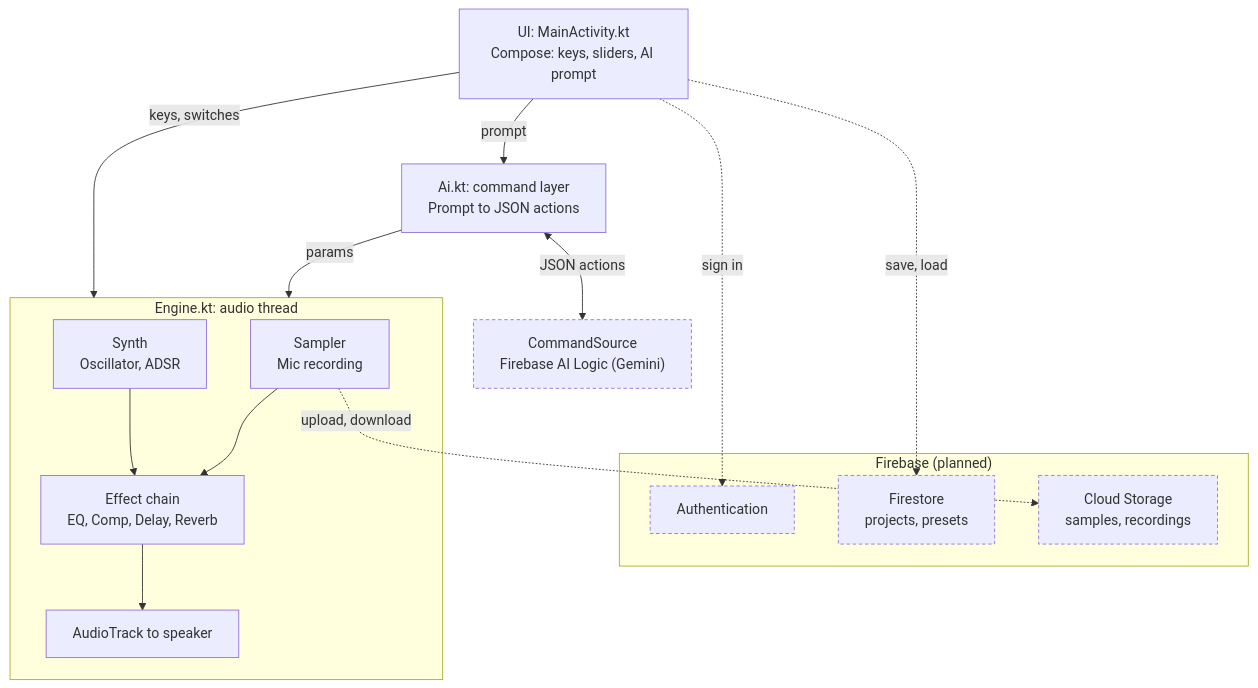
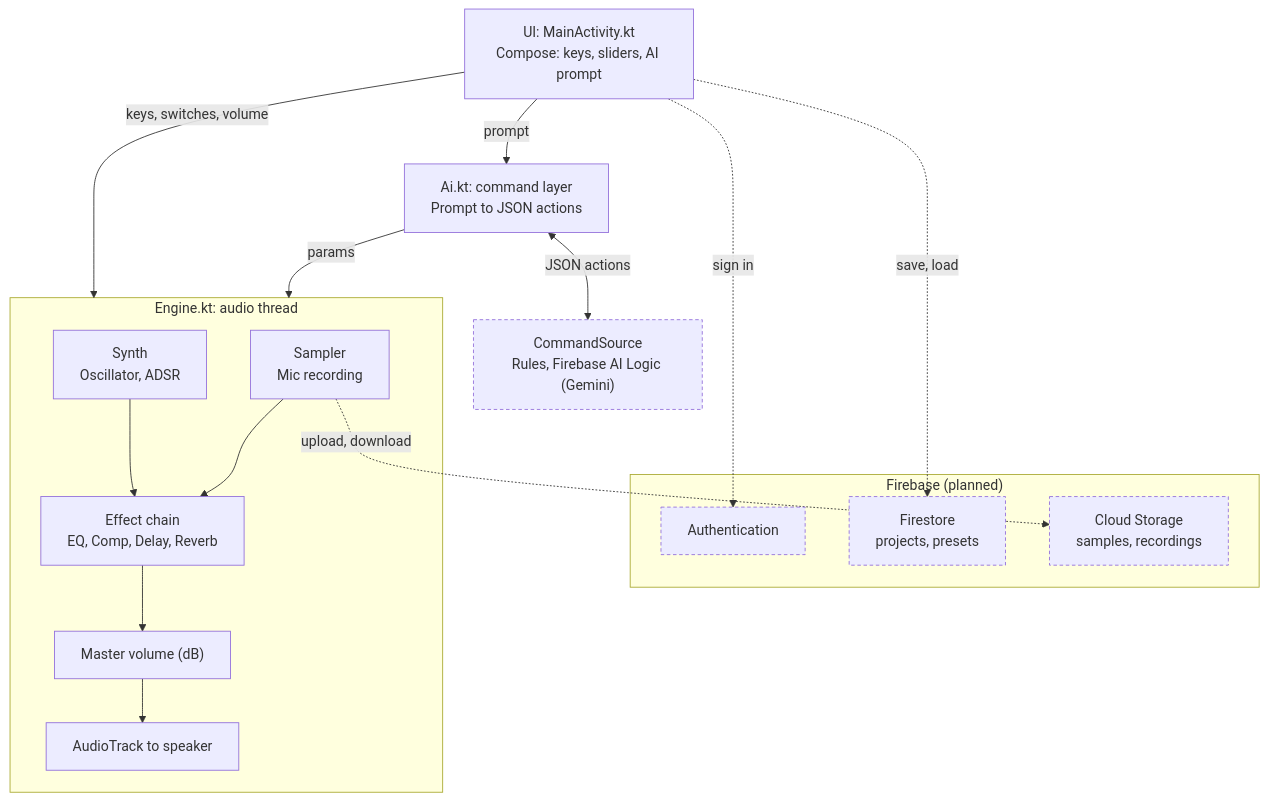
Before and after one commit to YaroslavMelnykAP23/SoundEngiToolkit: the diagram in docs/architecture.md, drawn with Mermaid. The commit also changed other lines of this file and 11 other files, not shown here.

````diff
--- a/docs/architecture.md
+++ b/docs/architecture.md
@@ -2,33 +7,34 @@
 ```mermaid
 flowchart TB
     UI["UI: MainActivity.kt<br/>Compose: keys, sliders, AI prompt"]
     AI["Ai.kt: command layer<br/>Prompt to JSON actions"]
-    SRC["CommandSource<br/>Firebase AI Logic (Gemini)"]
+    SRC["CommandSource<br/>Rules, Firebase AI Logic (Gemini)"]
 
     subgraph FB["Firebase (planned)"]
         AUTH["Authentication"]
         FS["Firestore<br/>projects, presets"]
         ST["Cloud Storage<br/>samples, recordings"]
     end
 
     subgraph ENGINE["Engine.kt: audio thread"]
         SYNTH["Synth<br/>Oscillator, ADSR"]
         SAMPLER["Sampler<br/>Mic recording"]
         FX["Effect chain<br/>EQ, Comp, Delay, Reverb"]
+        VOL["Master volume (dB)"]
         OUT["AudioTrack to speaker"]
         SYNTH --> FX
         SAMPLER --> FX
-        FX --> OUT
+        FX --> VOL --> OUT
     end
 
     UI -->|prompt| AI
-    UI -->|keys, switches| ENGINE
+    UI -->|keys, switches, volume| ENGINE
     AI -->|params| ENGINE
     AI <-->|JSON actions| SRC
     UI -.->|sign in| AUTH
     UI -.->|save, load| FS
     SAMPLER -.->|upload, download| ST
 
     classDef planned stroke-dasharray: 4 3
     class SRC,AUTH,FS,ST planned
 ```
````
